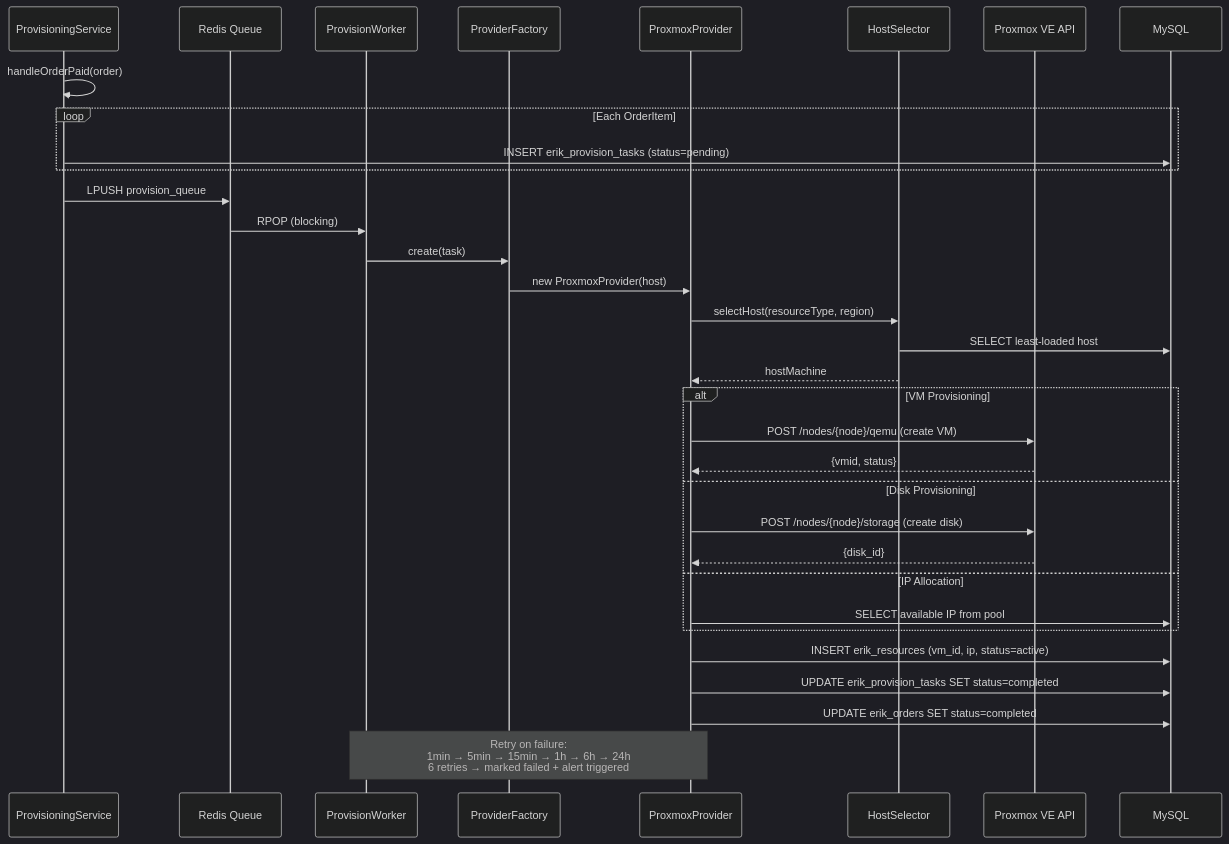
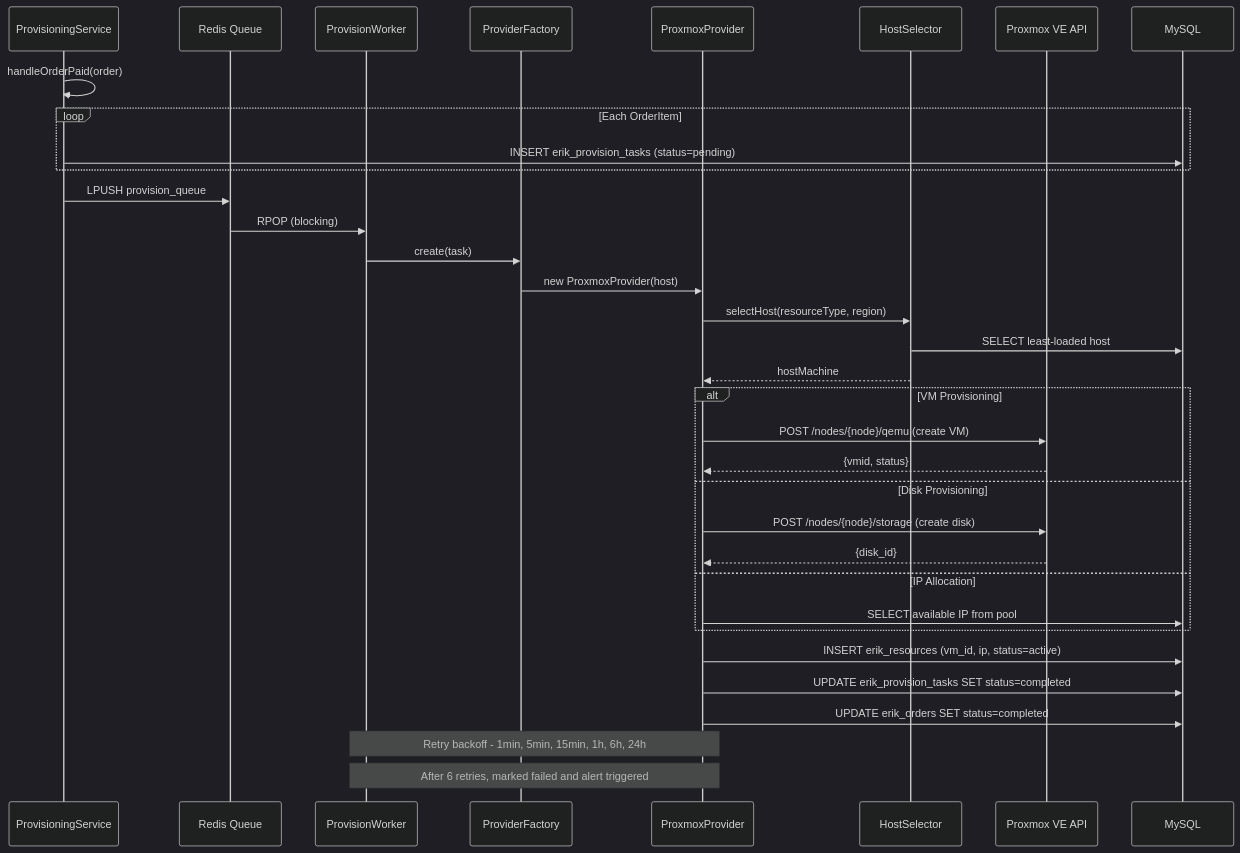
One commit to erikwang2013/cloud changed the third of 7 diagrams in docs/admin-design.md. Above: the diagram before and after it, drawn with Mermaid (dark theme). The commit also changed other lines of this file and 2 other files, not shown here.

````diff
--- a/docs/admin-design.md
+++ b/docs/admin-design.md
@@ -844,40 +844,41 @@
 ```mermaid
 sequenceDiagram
     participant ProvSvc as ProvisioningService
     participant RedisQ as Redis Queue
     participant ProvWorker as ProvisionWorker
     participant Factory as ProviderFactory
     participant Proxmox as ProxmoxProvider
     participant HostSel as HostSelector
     participant PveAPI as Proxmox VE API
     participant DB as MySQL
 
     ProvSvc->>ProvSvc: handleOrderPaid(order)
     loop Each OrderItem
         ProvSvc->>DB: INSERT erik_provision_tasks (status=pending)
     end
     ProvSvc->>RedisQ: LPUSH provision_queue
 
     RedisQ->>ProvWorker: RPOP (blocking)
     ProvWorker->>Factory: create(task)
     Factory->>Proxmox: new ProxmoxProvider(host)
     Proxmox->>HostSel: selectHost(resourceType, region)
     HostSel->>DB: SELECT least-loaded host
     HostSel-->>Proxmox: hostMachine
 
     alt VM Provisioning
         Proxmox->>PveAPI: POST /nodes/{node}/qemu (create VM)
         PveAPI-->>Proxmox: {vmid, status}
     else Disk Provisioning
         Proxmox->>PveAPI: POST /nodes/{node}/storage (create disk)
         PveAPI-->>Proxmox: {disk_id}
     else IP Allocation
         Proxmox->>DB: SELECT available IP from pool
     end
 
     Proxmox->>DB: INSERT erik_resources (vm_id, ip, status=active)
     Proxmox->>DB: UPDATE erik_provision_tasks SET status=completed
     Proxmox->>DB: UPDATE erik_orders SET status=completed
 
-    Note over ProvWorker,Proxmox: Retry on failure:<br/>1min → 5min → 15min → 1h → 6h → 24h<br/>6 retries → marked failed + alert triggered
+    Note over ProvWorker,Proxmox: Retry backoff - 1min, 5min, 15min, 1h, 6h, 24h
+    Note over ProvWorker,Proxmox: After 6 retries, marked failed and alert triggered
 ```
````
